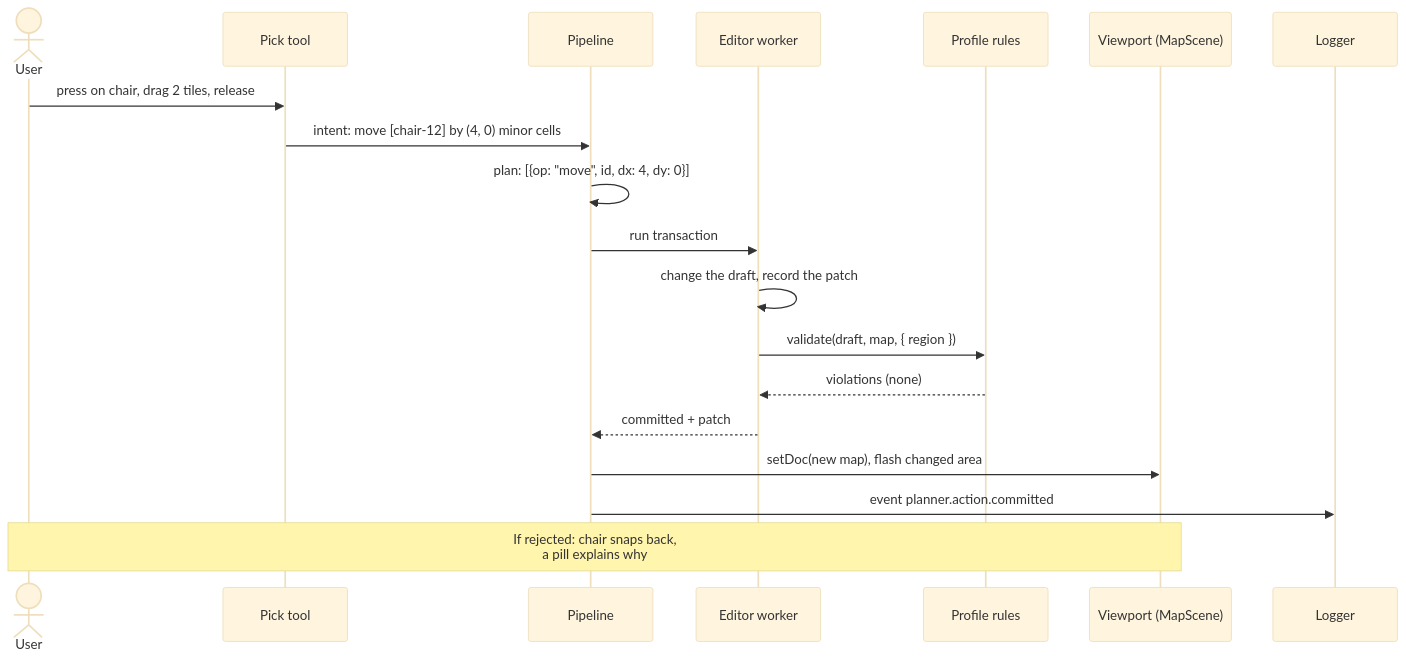
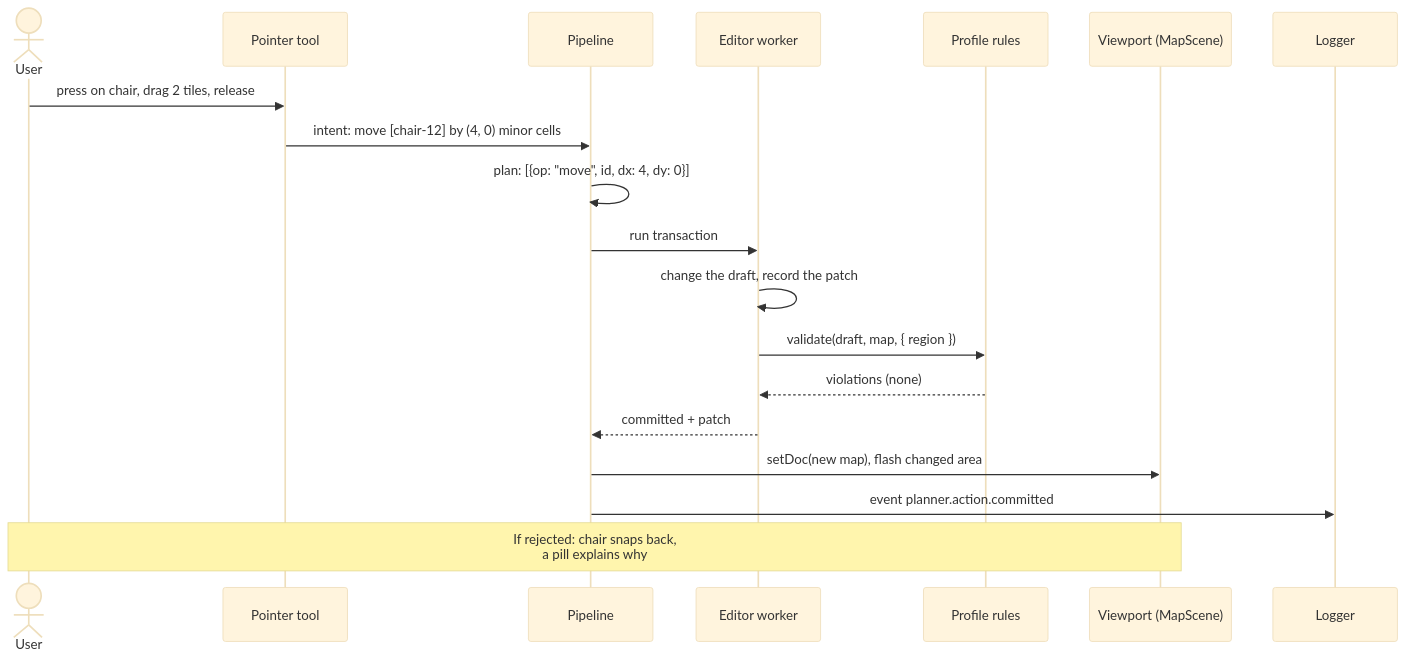
One commit to UmushiUmushi/Glade changed the second of 2 diagrams in docs/architecture.md. Above: the diagram before and after it, drawn with Mermaid (base theme). The commit also changed other lines of this file and 15 other files, not shown here.

````diff
--- a/docs/architecture.md
+++ b/docs/architecture.md
@@ -179,21 +179,21 @@
 ```mermaid
 sequenceDiagram
     actor U as User
-    participant T as Pick tool
+    participant T as Pointer tool
     participant P as Pipeline
     participant W as Editor worker
     participant R as Profile rules
     participant S as Viewport (MapScene)
     participant L as Logger
     U->>T: press on chair, drag 2 tiles, release
     T->>P: intent: move [chair-12] by (4, 0) minor cells
     P->>P: plan: [{op: "move", id, dx: 4, dy: 0}]
     P->>W: run transaction
     W->>W: change the draft, record the patch
     W->>R: validate(draft, map, { region })
     R-->>W: violations (none)
     W-->>P: committed + patch
     P->>S: setDoc(new map), flash changed area
     P->>L: event planner.action.committed
     Note over U,S: If rejected: chair snaps back,<br/>a pill explains why
 ```
````
